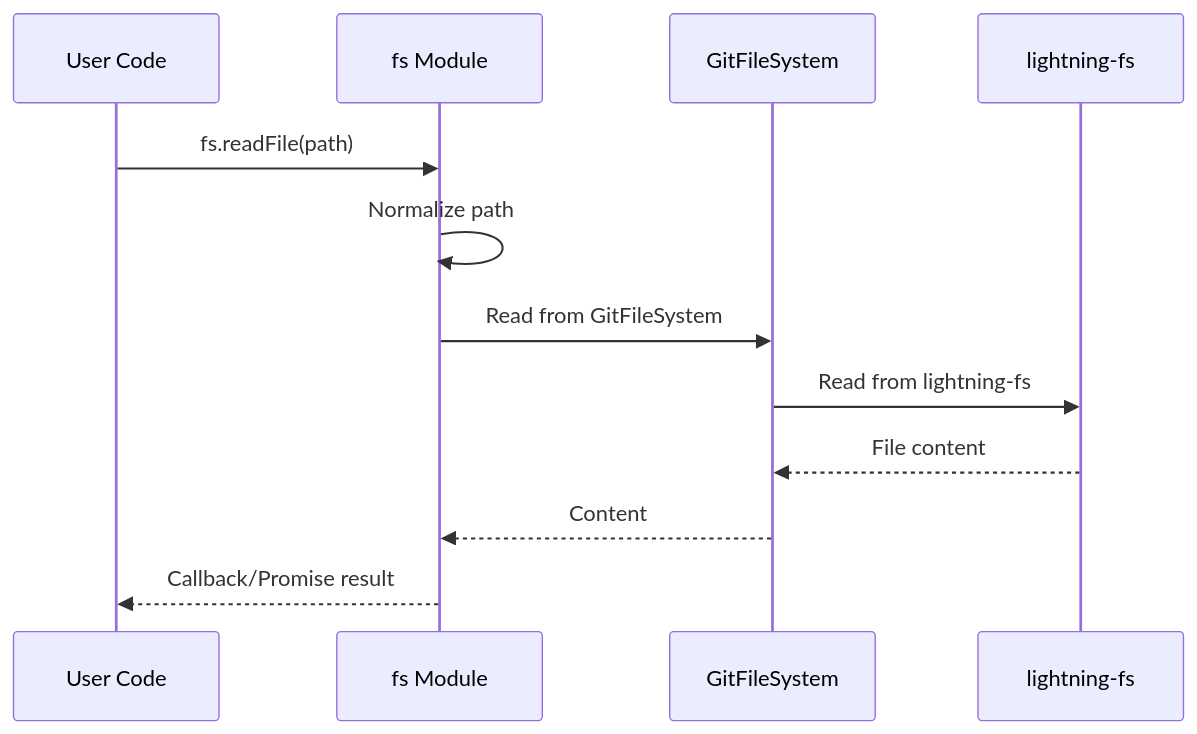
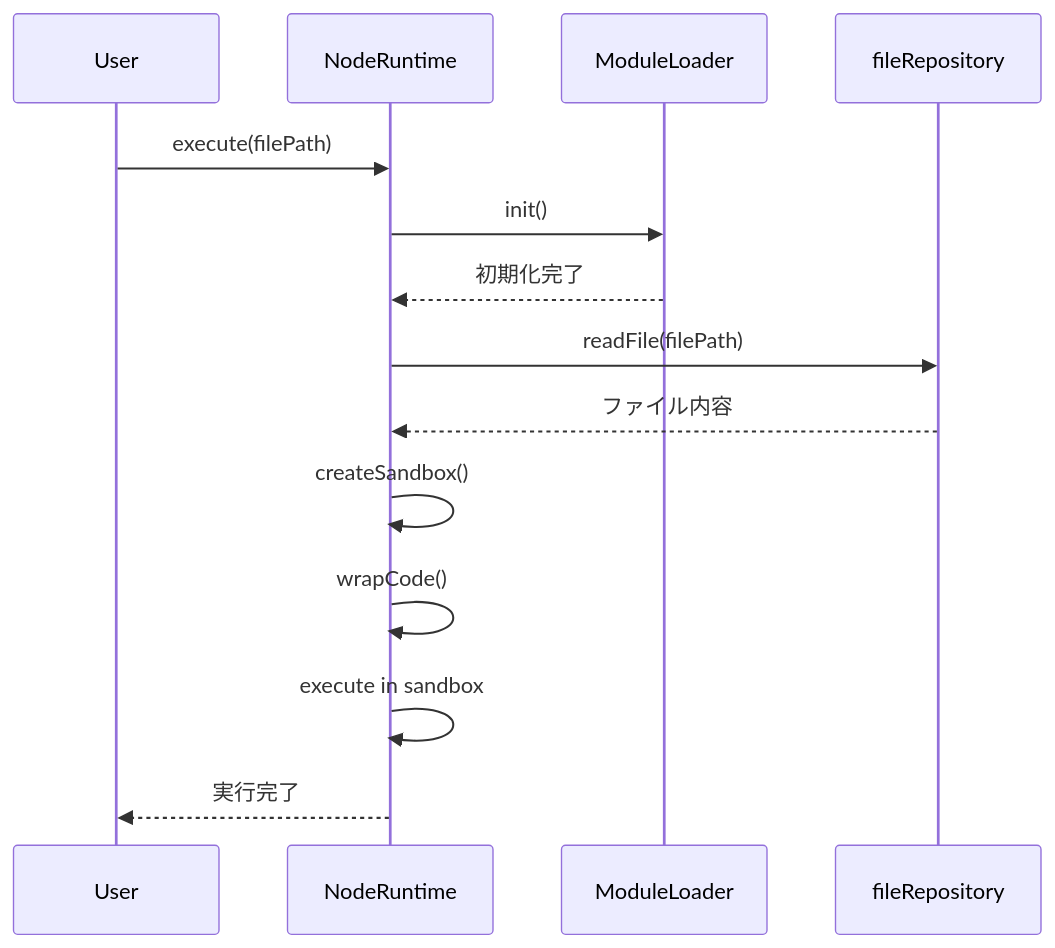
Before and after one commit to Stasshe/Pyxis-CodeCanvas: the second of 12 diagrams in docs/NODE-RUNTIME.md, drawn with Mermaid. The commit also changed other lines of this file and 4 other files, not shown here.

````diff
--- a/docs/NODE-RUNTIME.md
+++ b/docs/NODE-RUNTIME.md
@@ -216,15 +100,19 @@
 ```mermaid
 sequenceDiagram
-    participant CODE as User Code
-    participant FS_MODULE as fs Module
-    participant GFS as GitFileSystem
-    participant LFS as lightning-fs
-
-    CODE->>FS_MODULE: fs.readFile(path)
-    FS_MODULE->>FS_MODULE: Normalize path
-    FS_MODULE->>GFS: Read from GitFileSystem
-    GFS->>LFS: Read from lightning-fs
-    LFS-->>GFS: File content
-    GFS-->>FS_MODULE: Content
-    FS_MODULE-->>CODE: Callback/Promise result
+    participant User
+    participant Runtime as NodeRuntime
+    participant Loader as ModuleLoader
+    participant FileRepo as fileRepository
+    
+    User->>Runtime: execute(filePath)
+    Runtime->>Loader: init()
+    Loader-->>Runtime: 初期化完了
+    
+    Runtime->>FileRepo: readFile(filePath)
+    FileRepo-->>Runtime: ファイル内容
+    
+    Runtime->>Runtime: createSandbox()
+    Runtime->>Runtime: wrapCode()
+    Runtime->>Runtime: execute in sandbox
+    Runtime-->>User: 実行完了
 ```
````
